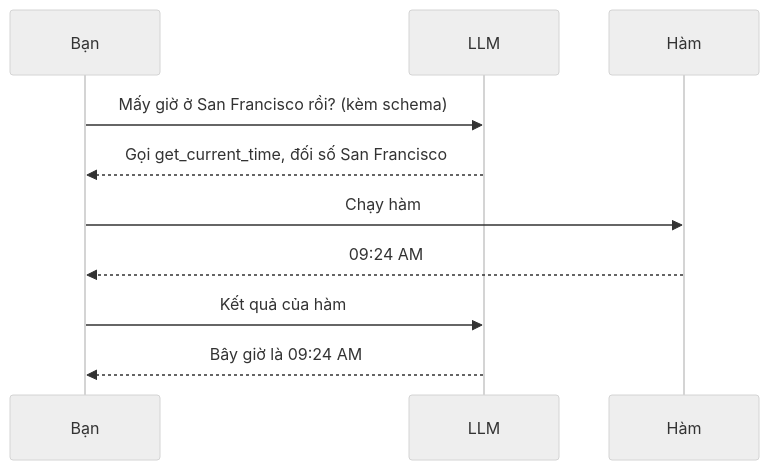
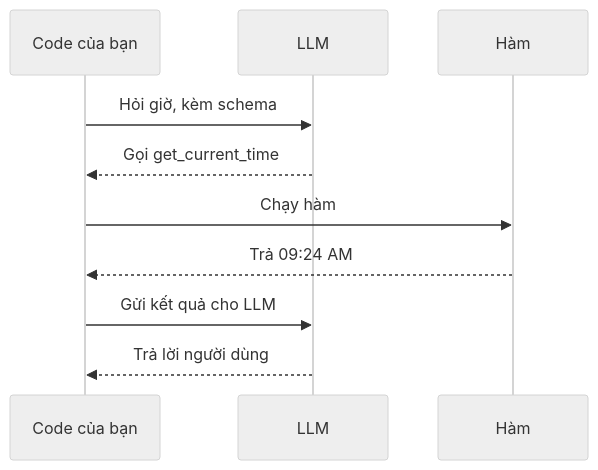
Before and after one commit to vohoailinh90/Agentic-coding-course: the diagram in ai-agents-for-beginners/vi/lessons/ag-04/lesson.md, drawn with Mermaid (neutral theme). The commit also changed other lines of this file and 3 other files, not shown here.

````diff
--- a/ai-agents-for-beginners/vi/lessons/ag-04/lesson.md
+++ b/ai-agents-for-beginners/vi/lessons/ag-04/lesson.md
@@ -54,12 +53,12 @@
 ```mermaid
 sequenceDiagram
-    participant U as Bạn
+    participant U as Code của bạn
     participant L as LLM
     participant H as Hàm
-    U->>L: Mấy giờ ở San Francisco rồi? (kèm schema)
-    L-->>U: Gọi get_current_time, đối số San Francisco
+    U->>L: Hỏi giờ, kèm schema
+    L-->>U: Gọi get_current_time
     U->>H: Chạy hàm
-    H-->>U: 09:24 AM
-    U->>L: Kết quả của hàm
-    L-->>U: Bây giờ là 09:24 AM
+    H-->>U: Trả 09:24 AM
+    U->>L: Gửi kết quả cho LLM
+    L-->>U: Trả lời người dùng
 ```
````
